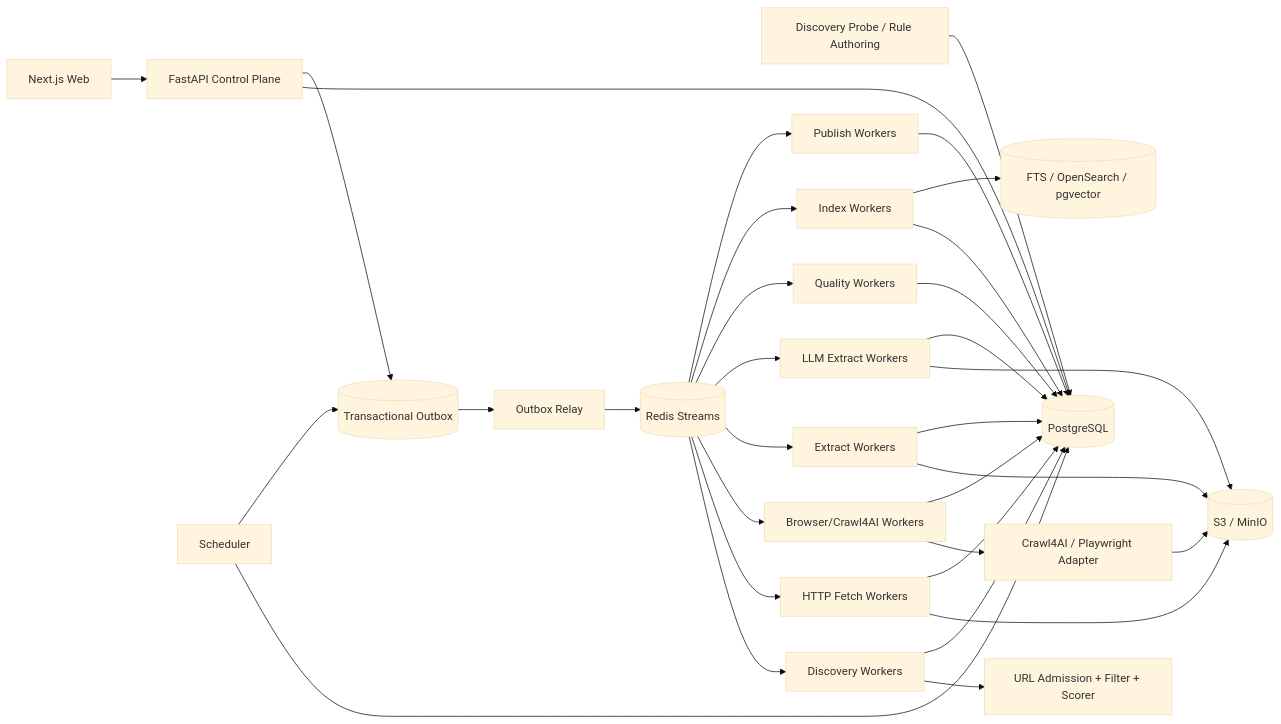
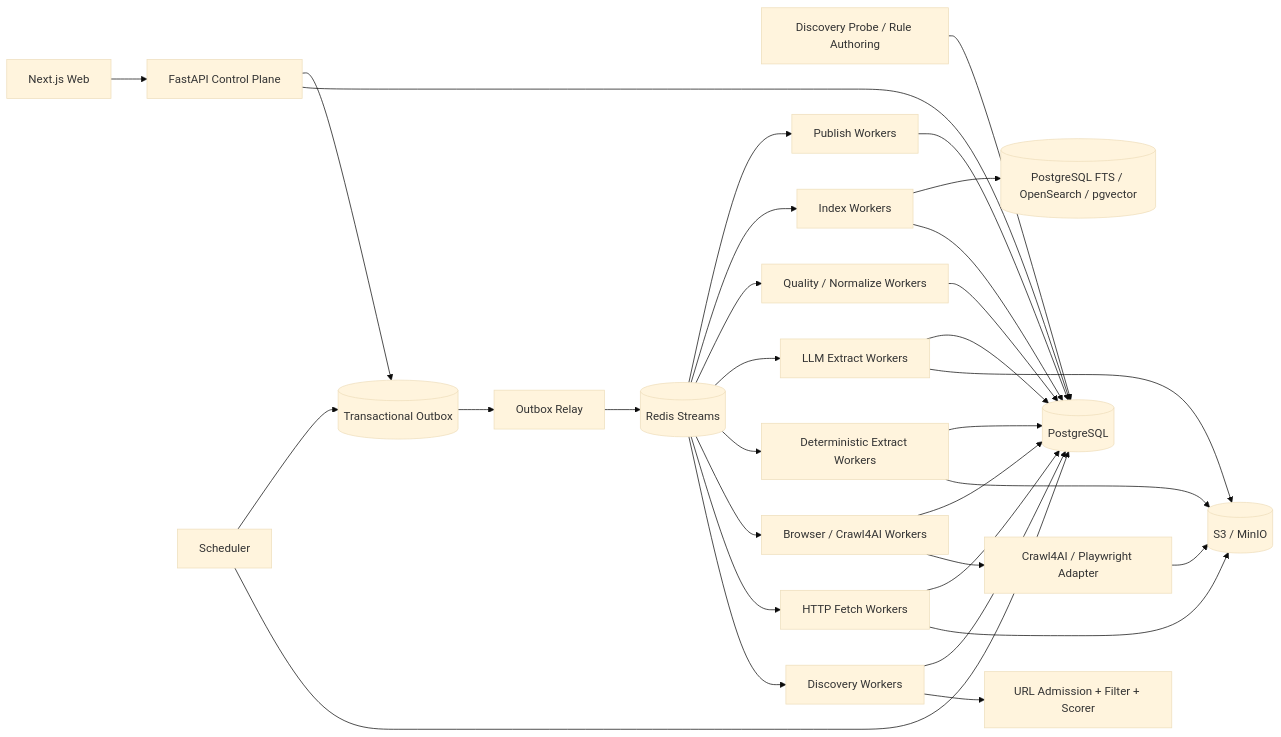
Before and after one commit to WorkerXu/my-doc: the diagram in 博客知识库技术方案.md, drawn with Mermaid (base theme). The commit also changed other lines of this file, not shown here.

````diff
--- a/博客知识库技术方案.md
+++ b/博客知识库技术方案.md
@@ -90,34 +58,39 @@
 ```mermaid
 flowchart LR
     UI[Next.js Web] --> API[FastAPI Control Plane]
     API --> PG[(PostgreSQL)]
     API --> OUT[(Transactional Outbox)]
+
     PROBE[Discovery Probe / Rule Authoring] --> PG
     SCHED[Scheduler] --> PG
     SCHED --> OUT
     OUT --> RELAY[Outbox Relay]
     RELAY --> Q[(Redis Streams)]
+
     Q --> DW[Discovery Workers]
     Q --> HF[HTTP Fetch Workers]
-    Q --> BF[Browser/Crawl4AI Workers]
-    Q --> EX[Extract Workers]
+    Q --> BF[Browser / Crawl4AI Workers]
+    Q --> EX[Deterministic Extract Workers]
     Q --> LX[LLM Extract Workers]
-    Q --> QW[Quality Workers]
+    Q --> QW[Quality / Normalize Workers]
     Q --> IW[Index Workers]
     Q --> PW[Publish Workers]
+
     DW --> GATE[URL Admission + Filter + Scorer]
     HF --> OBJ[(S3 / MinIO)]
     BF --> ADP[Crawl4AI / Playwright Adapter]
     ADP --> OBJ
     EX --> OBJ
     LX --> OBJ
+
     DW --> PG
     HF --> PG
     BF --> PG
     EX --> PG
     LX --> PG
     QW --> PG
     IW --> PG
     PW --> PG
-    IW --> SEARCH[(FTS / OpenSearch / pgvector)]
+
+    IW --> SEARCH[(PostgreSQL FTS / OpenSearch / pgvector)]
 ```
````
